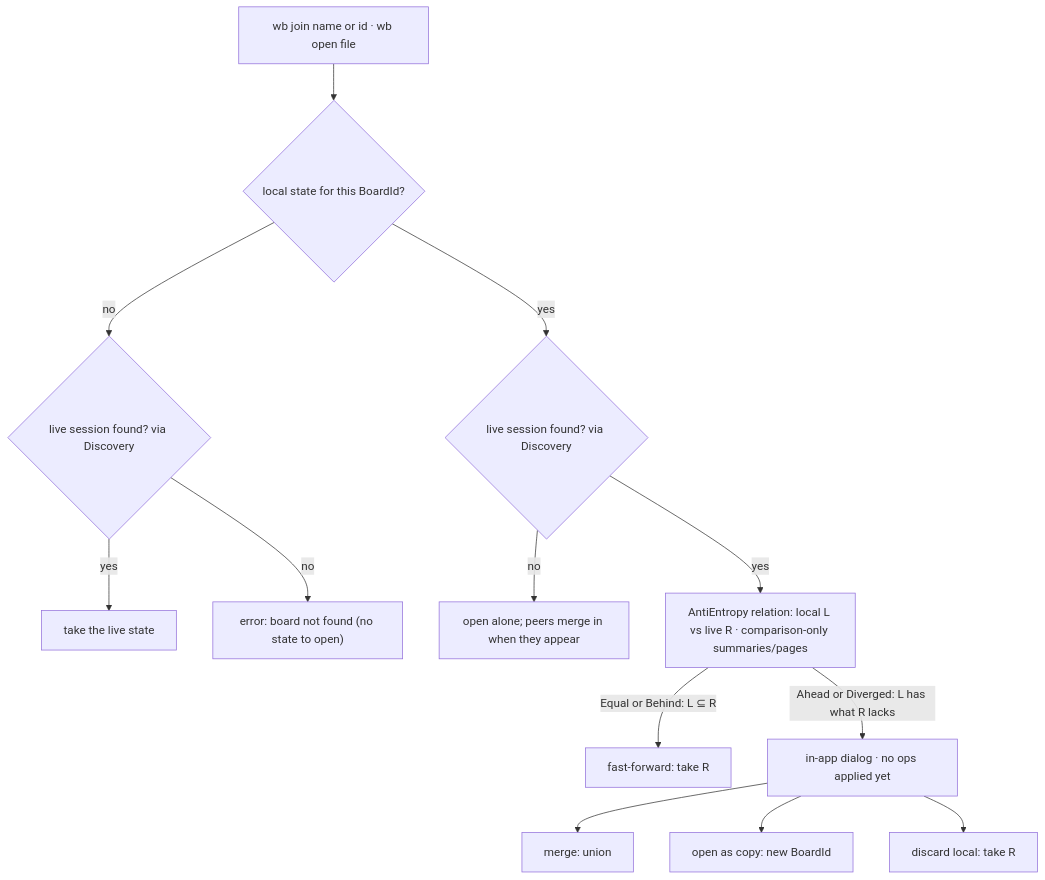
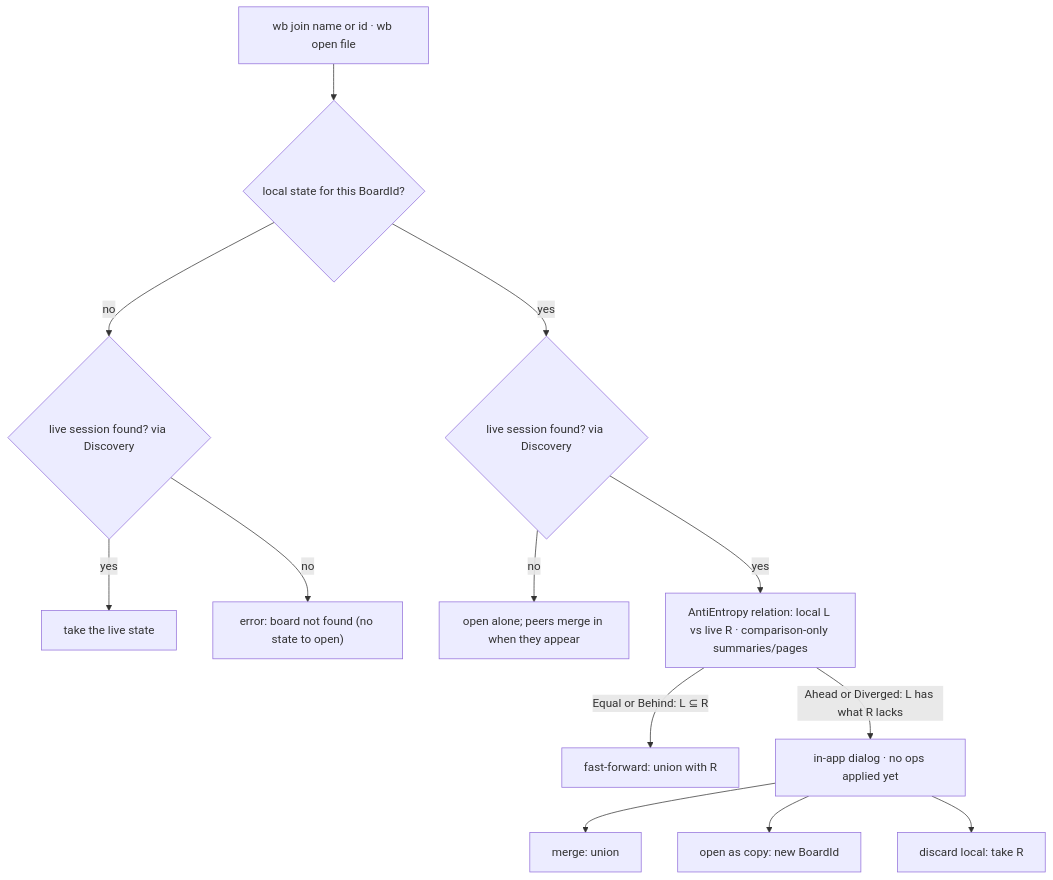
One commit to Student-Team-Projects/Most-Overkilled-Whiteboard-for-ArchLinux changed the diagram in docs/design/join-flow.md. Above: the diagram before and after it, drawn with Mermaid. The commit also changed other lines of this file and 6 other files, not shown here.

First line of the commit message:
Join: fast-forward is a union, so a wrong relation costs a prompt, never local work

````diff
--- a/docs/design/join-flow.md
+++ b/docs/design/join-flow.md
@@ -6,15 +6,15 @@
 ```mermaid
 flowchart TD
     start["wb join name or id · wb open file"] --> local{"local state for this BoardId?"}
     local -- no --> livecheck{"live session found? via Discovery"}
     livecheck -- yes --> take["take the live state"]
     livecheck -- no --> missing["error: board not found (no state to open)"]
     local -- yes --> live{"live session found? via Discovery"}
     live -- no --> seed["open alone; peers merge in when they appear"]
     live -- yes --> rel["AntiEntropy relation: local L vs live R · comparison-only summaries/pages"]
-    rel -- "Equal or Behind: L ⊆ R" --> ff["fast-forward: take R"]
+    rel -- "Equal or Behind: L ⊆ R" --> ff["fast-forward: union with R"]
     rel -- "Ahead or Diverged: L has what R lacks" --> dlg["in-app dialog · no ops applied yet"]
     dlg --> merge["merge: union"]
     dlg --> copy["open as copy: new BoardId"]
     dlg --> discard["discard local: take R"]
 ```
````
